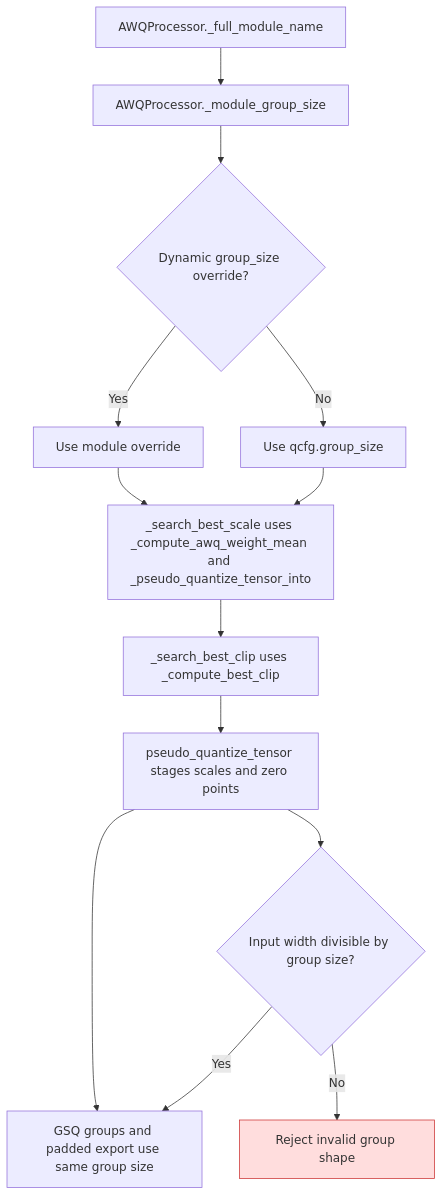
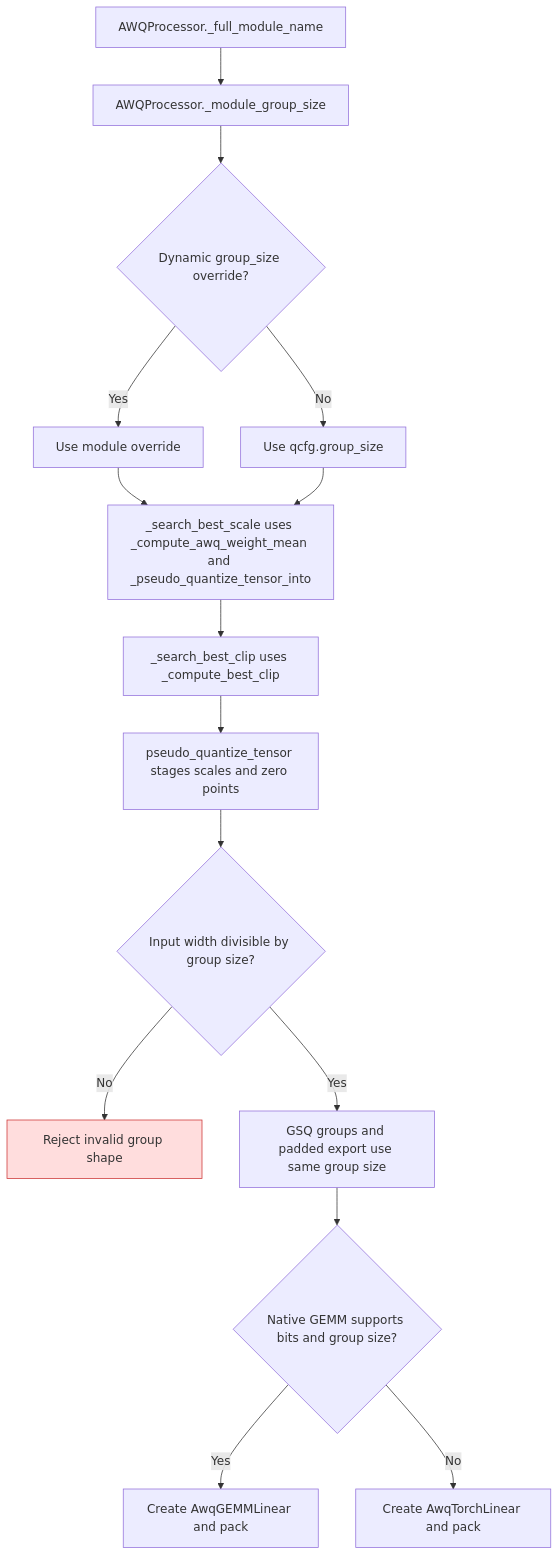
One commit to ModelCloud/GPTQModel changed the diagram in docs/awq-dynamic-group-size.md. Above: the diagram before and after it, drawn with Mermaid. The commit also changed other lines of this file and 3 other files, not shown here.

Commit message:
fix(awq): route unsupported dynamic groups to torch kernel

````diff
--- a/docs/awq-dynamic-group-size.md
+++ b/docs/awq-dynamic-group-size.md
@@ -11,17 +11,19 @@
 ```mermaid
 flowchart TD
     A["AWQProcessor._full_module_name"] --> B["AWQProcessor._module_group_size"]
     B --> C{"Dynamic group_size override?"}
     C -- Yes --> D["Use module override"]
     C -- No --> E["Use qcfg.group_size"]
     D --> F["_search_best_scale uses _compute_awq_weight_mean and _pseudo_quantize_tensor_into"]
     E --> F
     F --> G["_search_best_clip uses _compute_best_clip"]
     G --> H["pseudo_quantize_tensor stages scales and zero points"]
-    H --> I["GSQ groups and padded export use same group size"]
     H --> J{"Input width divisible by group size?"}
     J -- No --> X["Reject invalid group shape"]
-    J -- Yes --> I
+    J -- Yes --> I["GSQ groups and padded export use same group size"]
+    I --> K{"Native GEMM supports bits and group size?"}
+    K -- Yes --> L["Create AwqGEMMLinear and pack"]
+    K -- No --> M["Create AwqTorchLinear and pack"]
     classDef failure fill:#fdd,stroke:#c33
     class X failure
 ```
````
